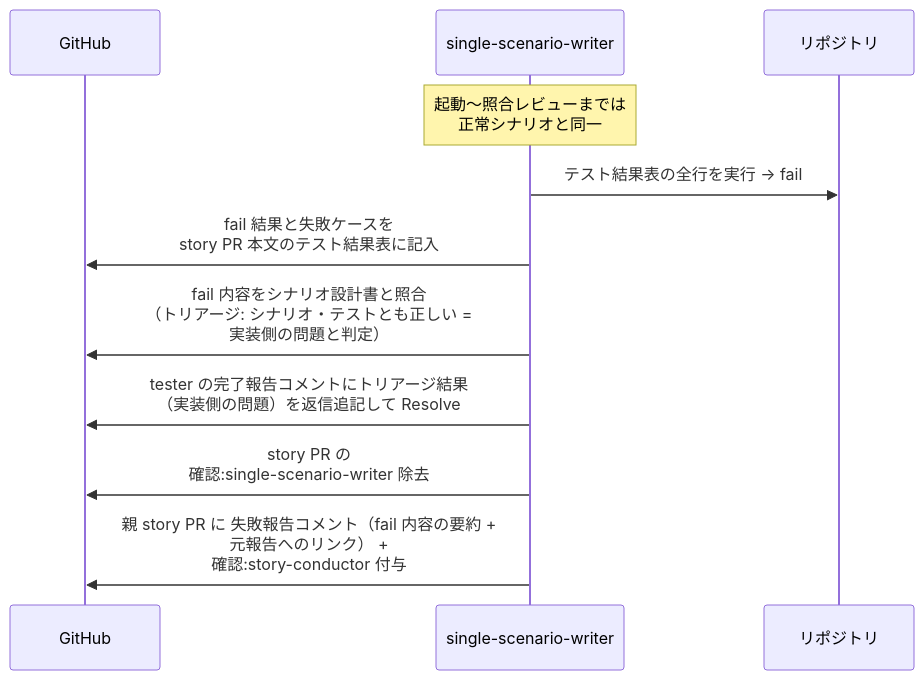
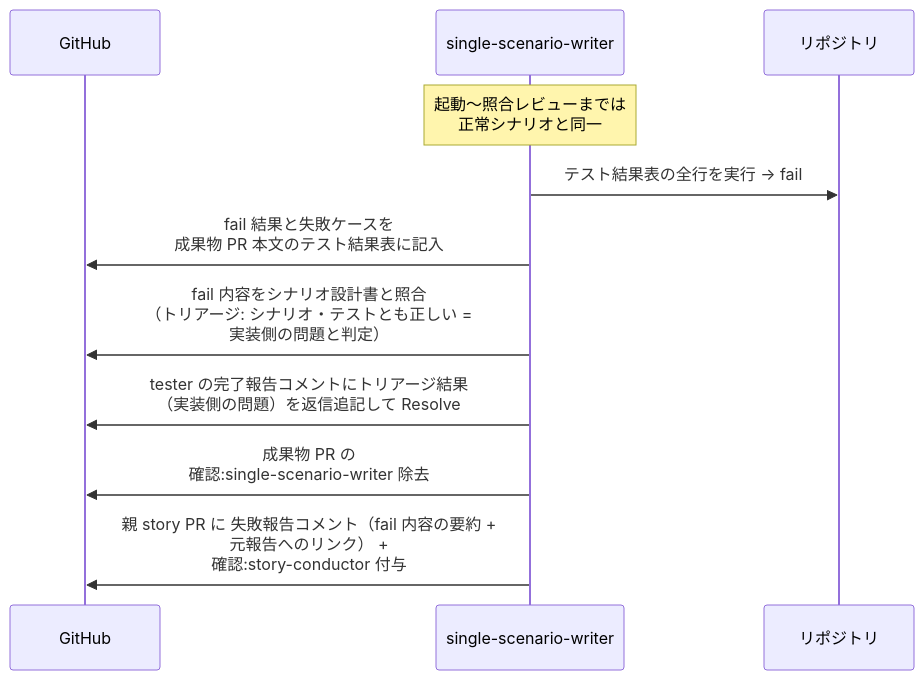
The third of 5 diagrams in docs/wiki/設計図/シナリオ/単一ユースケース/統合テストレビュー.md (shuhei1101/ai-monitor), drawn with Mermaid before and after one commit. The commit also changed other lines of this file and 103 other files, not shown here.

````diff
--- a/docs/wiki/設計図/シナリオ/単一ユースケース/統合テストレビュー.md
+++ b/docs/wiki/設計図/シナリオ/単一ユースケース/統合テストレビュー.md
@@ -114,14 +116,14 @@
 ```mermaid
 sequenceDiagram
   participant GH as GitHub
   participant MON as single-scenario-writer
   participant REPO as リポジトリ
 
   Note over MON: 起動〜照合レビューまでは<br>正常シナリオと同一
   MON->>REPO: テスト結果表の全行を実行 → fail
-  MON->>GH: fail 結果と失敗ケースを<br>story PR 本文のテスト結果表に記入
+  MON->>GH: fail 結果と失敗ケースを<br>成果物 PR 本文のテスト結果表に記入
   MON->>GH: fail 内容をシナリオ設計書と照合<br>（トリアージ: シナリオ・テストとも正しい =<br>実装側の問題と判定）
   MON->>GH: tester の完了報告コメントにトリアージ結果<br>（実装側の問題）を返信追記して Resolve
-  MON->>GH: story PR の<br>確認:single-scenario-writer 除去
+  MON->>GH: 成果物 PR の<br>確認:single-scenario-writer 除去
   MON->>GH: 親 story PR に 失敗報告コメント（fail 内容の要約 +<br>元報告へのリンク） +<br>確認:story-conductor 付与
 ```
````
